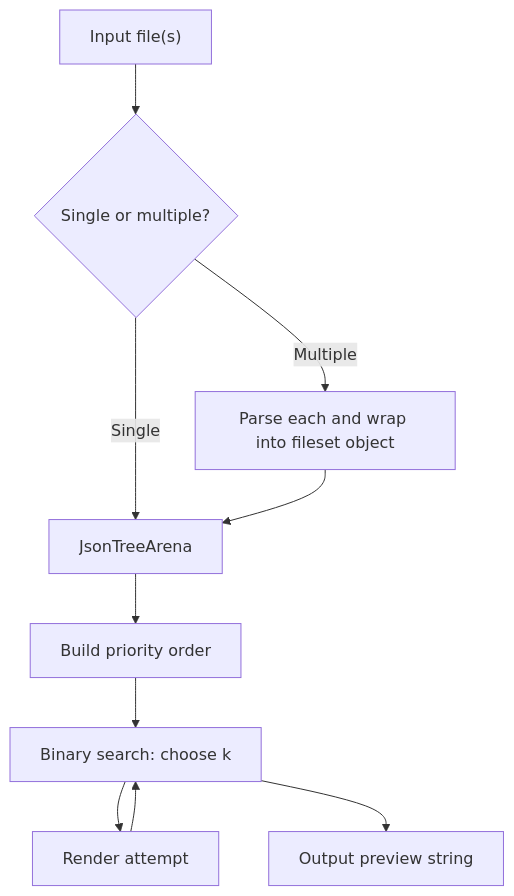
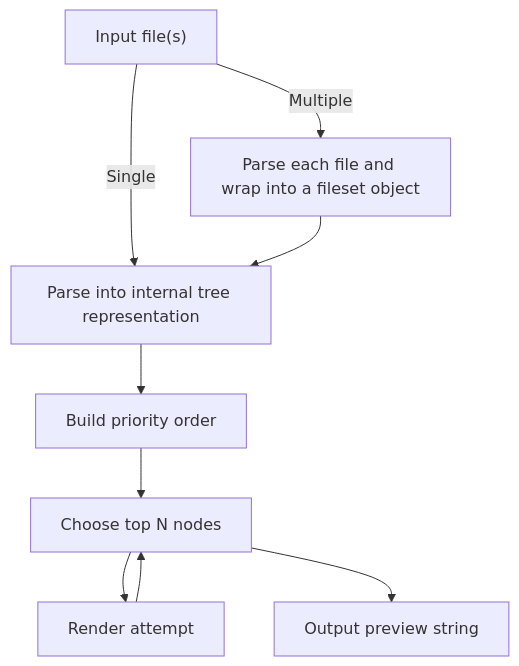
Before and after one commit to kantord/headson: the diagram in README.md, drawn with Mermaid.

````diff
--- a/README.md
+++ b/README.md
@@ -153,11 +153,11 @@
 ```mermaid
 flowchart TD
-    A["Input file(s)"] --> B{"Single or multiple?"}
-    B -- Single --> X["JsonTreeArena"]
-    B -- Multiple --> D["Parse each and wrap into fileset object"] --> X
-    X --> E["Build priority order"]
-    E --> F["Binary search: choose k"]
+    A["Input file(s)"] -- Single --> C["Parse into internal tree representation"]
+    A -- Multiple --> D["Parse each file and wrap into a fileset object"]
+    D --> C
+    C --> E["Build priority order"]
+    E --> F["Choose top N nodes"]
     F --> G["Render attempt"]
     G --> F
     F --> H["Output preview string"]
 ```
````
